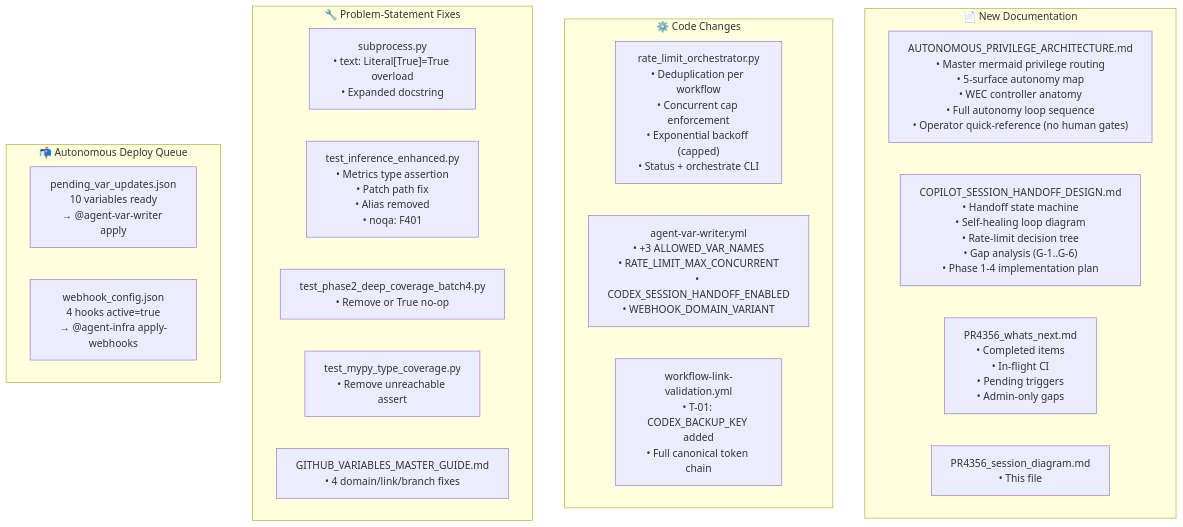
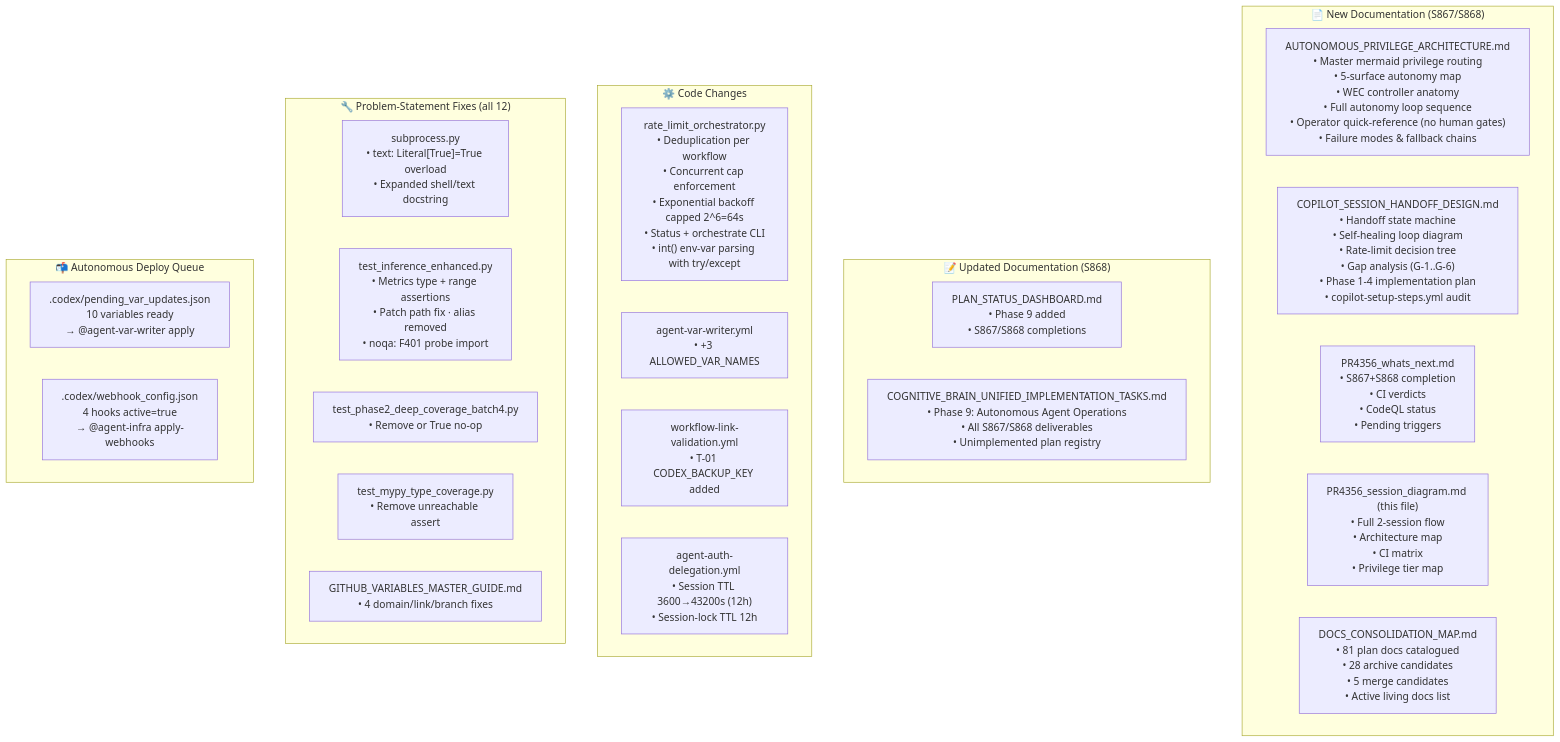
Before and after one commit to Aries-Serpent/_codex_: the second of 6 diagrams in docs/plans/PR4356_session_diagram.md, drawn with Mermaid. The commit also changed other lines of this file and 7 other files, not shown here.

First line of the commit message:
docs(S868): full sweep — session diagram, whats_next, CHANGELOG, accountability, plan dashboard, CB tasks Phase 9, docs consolidation map

````diff
--- a/docs/plans/PR4356_session_diagram.md
+++ b/docs/plans/PR4356_session_diagram.md
@@ -66,28 +76,35 @@
 ```mermaid
 graph TD
-    subgraph DOCS["📄 New Documentation"]
-        D1["AUTONOMOUS_PRIVILEGE_ARCHITECTURE.md\n• Master mermaid privilege routing\n• 5-surface autonomy map\n• WEC controller anatomy\n• Full autonomy loop sequence\n• Operator quick-reference (no human gates)"]
-        D2["COPILOT_SESSION_HANDOFF_DESIGN.md\n• Handoff state machine\n• Self-healing loop diagram\n• Rate-limit decision tree\n• Gap analysis (G-1..G-6)\n• Phase 1-4 implementation plan"]
-        D3["PR4356_whats_next.md\n• Completed items\n• In-flight CI\n• Pending triggers\n• Admin-only gaps"]
-        D4["PR4356_session_diagram.md\n• This file"]
+    subgraph DOCS_NEW["📄 New Documentation (S867/S868)"]
+        D1["AUTONOMOUS_PRIVILEGE_ARCHITECTURE.md\n• Master mermaid privilege routing\n• 5-surface autonomy map\n• WEC controller anatomy\n• Full autonomy loop sequence\n• Operator quick-reference (no human gates)\n• Failure modes & fallback chains"]
+        D2["COPILOT_SESSION_HANDOFF_DESIGN.md\n• Handoff state machine\n• Self-healing loop diagram\n• Rate-limit decision tree\n• Gap analysis (G-1..G-6)\n• Phase 1-4 implementation plan\n• copilot-setup-steps.yml audit"]
+        D3["PR4356_whats_next.md\n• S867+S868 completion\n• CI verdicts\n• CodeQL status\n• Pending triggers"]
+        D4["PR4356_session_diagram.md (this file)\n• Full 2-session flow\n• Architecture map\n• CI matrix\n• Privilege tier map"]
+        D5["DOCS_CONSOLIDATION_MAP.md\n• 81 plan docs catalogued\n• 28 archive candidates\n• 5 merge candidates\n• Active living docs list"]
+    end
+
+    subgraph DOCS_UPDATED["📝 Updated Documentation (S868)"]
+        U1["PLAN_STATUS_DASHBOARD.md\n• Phase 9 added\n• S867/S868 completions"]
+        U2["COGNITIVE_BRAIN_UNIFIED_IMPLEMENTATION_TASKS.md\n• Phase 9: Autonomous Agent Operations\n• All S867/S868 deliverables\n• Unimplemented plan registry"]
     end
 
     subgraph CODE["⚙️ Code Changes"]
-        C1["rate_limit_orchestrator.py\n• Deduplication per workflow\n• Concurrent cap enforcement\n• Exponential backoff (capped)\n• Status + orchestrate CLI"]
-        C2["agent-var-writer.yml\n• +3 ALLOWED_VAR_NAMES\n• RATE_LIMIT_MAX_CONCURRENT\n• CODEX_SESSION_HANDOFF_ENABLED\n• WEBHOOK_DOMAIN_VARIANT"]
-        C3["workflow-link-validation.yml\n• T-01: CODEX_BACKUP_KEY added\n• Full canonical token chain"]
+        C1["rate_limit_orchestrator.py\n• Deduplication per workflow\n• Concurrent cap enforcement\n• Exponential backoff capped 2^6=64s\n• Status + orchestrate CLI\n• int() env-var parsing with try/except"]
+        C2["agent-var-writer.yml\n• +3 ALLOWED_VAR_NAMES"]
+        C3["workflow-link-validation.yml\n• T-01 CODEX_BACKUP_KEY added"]
+        C4["agent-auth-delegation.yml\n• Session TTL 3600→43200s (12h)\n• Session-lock TTL 12h"]
     end
 
-    subgraph FIXES["🔧 Problem-Statement Fixes"]
-        F1["subprocess.py\n• text: Literal[True]=True overload\n• Expanded docstring"]
-        F2["test_inference_enhanced.py\n• Metrics type assertion\n• Patch path fix\n• Alias removed\n• noqa: F401"]
+    subgraph FIXES["🔧 Problem-Statement Fixes (all 12)"]
+        F1["subprocess.py\n• text: Literal[True]=True overload\n• Expanded shell/text docstring"]
+        F2["test_inference_enhanced.py\n• Metrics type + range assertions\n• Patch path fix · alias removed\n• noqa: F401 probe import"]
         F3["test_phase2_deep_coverage_batch4.py\n• Remove or True no-op"]
         F4["test_mypy_type_coverage.py\n• Remove unreachable assert"]
         F5["GITHUB_VARIABLES_MASTER_GUIDE.md\n• 4 domain/link/branch fixes"]
     end
 
     subgraph QUEUE["📬 Autonomous Deploy Queue"]
-        Q1["pending_var_updates.json\n10 variables ready\n→ @agent-var-writer apply"]
-        Q2["webhook_config.json\n4 hooks active=true\n→ @agent-infra apply-webhooks"]
+        Q1[".codex/pending_var_updates.json\n10 variables ready\n→ @agent-var-writer apply"]
+        Q2[".codex/webhook_config.json\n4 hooks active=true\n→ @agent-infra apply-webhooks"]
     end
 ```
````
